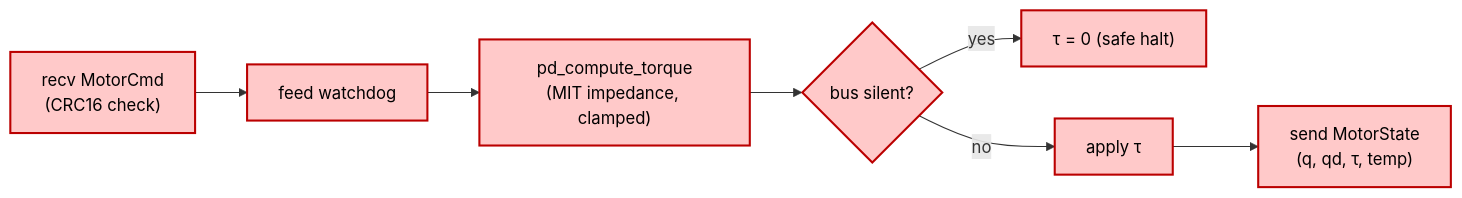
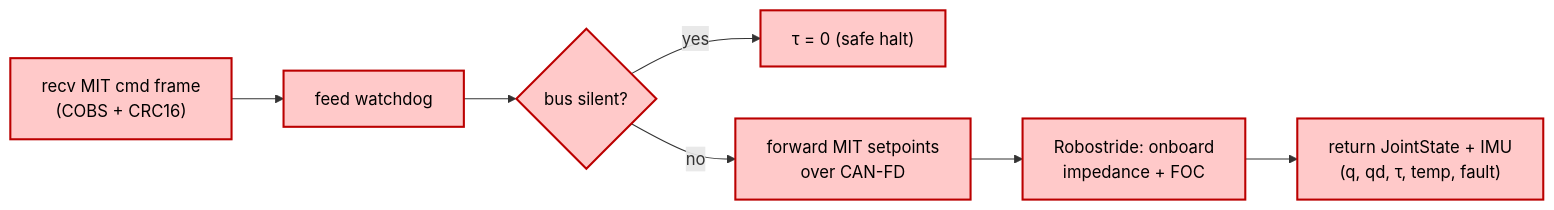
One commit to utra-robosoccer/soccer-software changed diagram 12 of 14 in docs/IMPLEMENTATION.md. Above: the diagram before and after it, drawn with Mermaid. The commit also changed other lines of this file and 70 other files, not shown here.

````diff
--- a/docs/IMPLEMENTATION.md
+++ b/docs/IMPLEMENTATION.md
@@ -421,10 +425,10 @@
 ```mermaid
 flowchart LR
     classDef rt fill:#ffc9c9,stroke:#b00,stroke-width:2px,color:#000;
-    RX["recv MotorCmd<br/>(CRC16 check)"]:::rt --> WD["feed watchdog"]:::rt
-    WD --> PD["pd_compute_torque<br/>(MIT impedance, clamped)"]:::rt
-    PD --> SILENT{"bus silent?"}:::rt
+    RX["recv MIT cmd frame<br/>(COBS + CRC16)"]:::rt --> WD["feed watchdog"]:::rt
+    WD --> SILENT{"bus silent?"}:::rt
     SILENT -->|yes| ZERO["τ = 0 (safe halt)"]:::rt
-    SILENT -->|no| APPLY["apply τ"]:::rt
-    APPLY --> TX["send MotorState<br/>(q, qd, τ, temp)"]:::rt
+    SILENT -->|no| FWD["forward MIT setpoints<br/>over CAN-FD"]:::rt
+    FWD --> ACT["Robostride: onboard<br/>impedance + FOC"]:::rt
+    ACT --> TX["return JointState + IMU<br/>(q, qd, τ, temp, fault)"]:::rt
 ```
````
